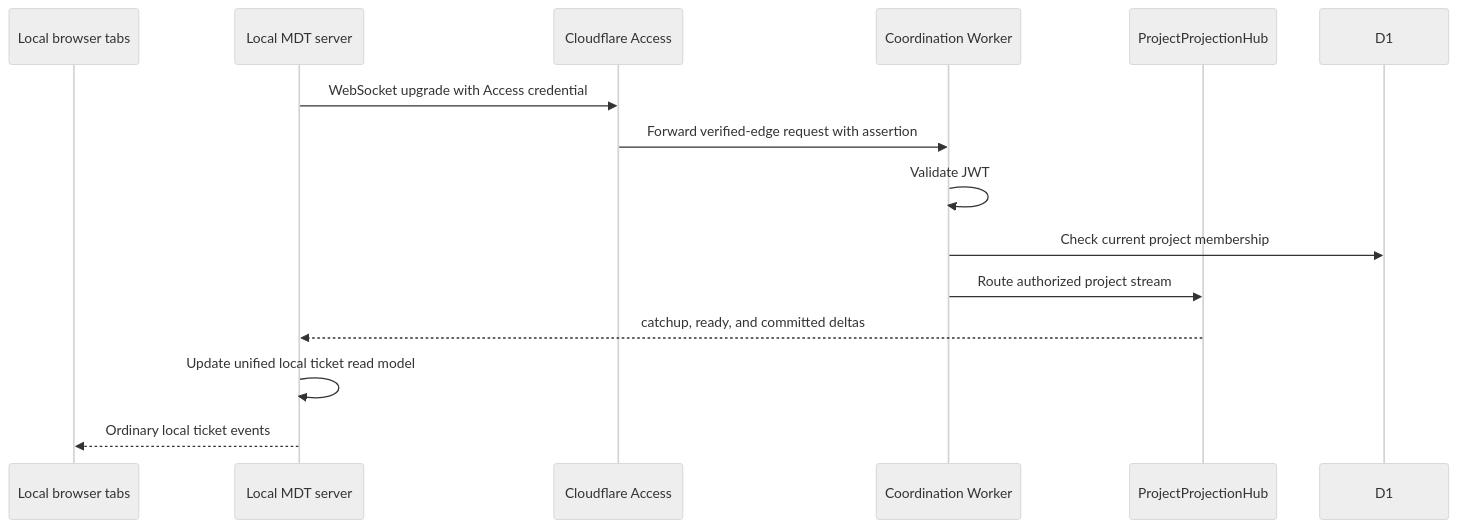
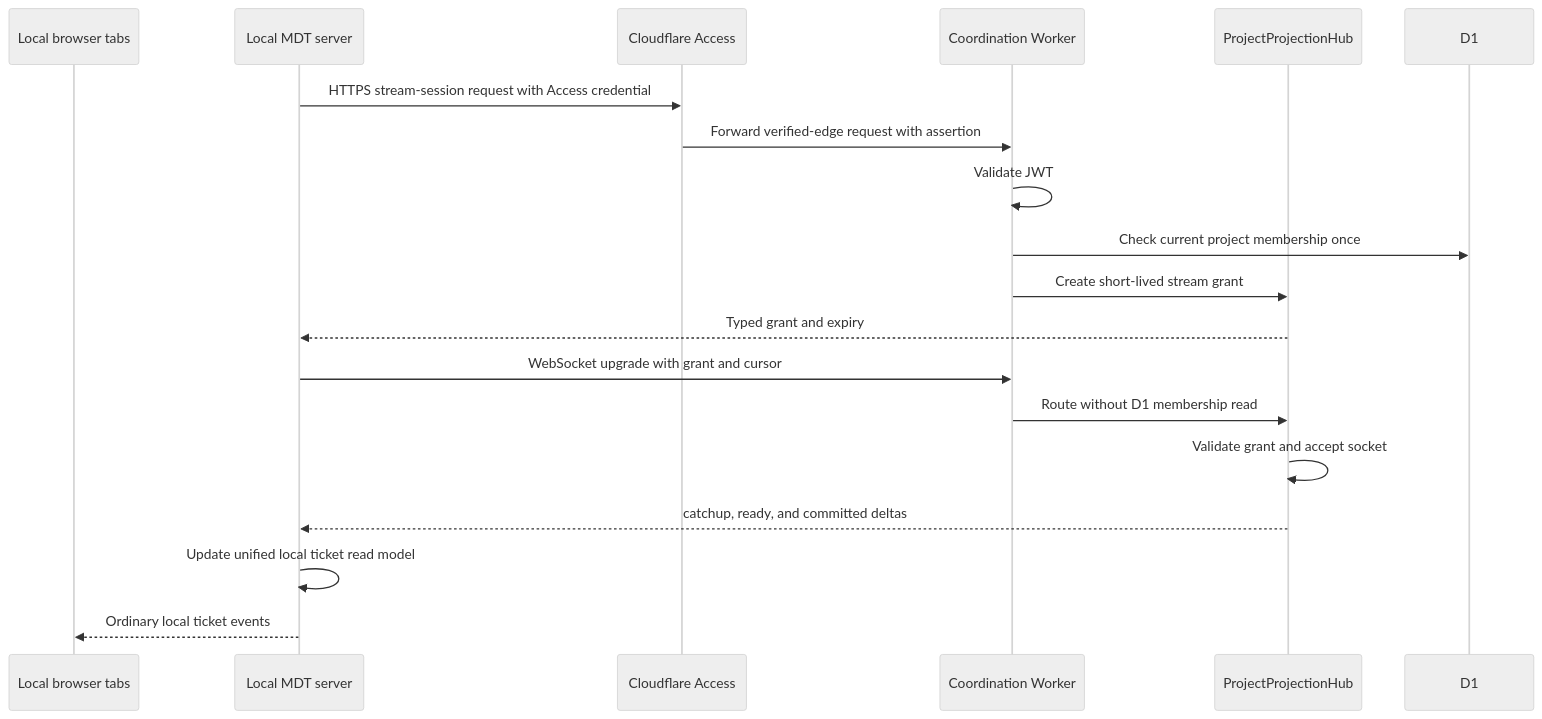
Before and after one commit to andkirby/markdown-ticket: the third of 3 diagrams in docs/architecture/cloud-sync/identity-and-access.md, drawn with Mermaid (neutral theme). The commit also changed other lines of this file and 31 other files, not shown here.

First line of the commit message:
fix(MDT-226): contain failed stream handshakes with session grants

````diff
--- a/docs/architecture/cloud-sync/identity-and-access.md
+++ b/docs/architecture/cloud-sync/identity-and-access.md
@@ -223,18 +223,22 @@
 ```mermaid
 sequenceDiagram
   participant B as Local browser tabs
   participant S as Local MDT server
   participant A as Cloudflare Access
   participant W as Coordination Worker
   participant H as ProjectProjectionHub
   participant D as D1
 
-  S->>A: WebSocket upgrade with Access credential
+  S->>A: HTTPS stream-session request with Access credential
   A->>W: Forward verified-edge request with assertion
   W->>W: Validate JWT
-  W->>D: Check current project membership
-  W->>H: Route authorized project stream
+  W->>D: Check current project membership once
+  W->>H: Create short-lived stream grant
+  H-->>S: Typed grant and expiry
+  S->>W: WebSocket upgrade with grant and cursor
+  W->>H: Route without D1 membership read
+  H->>H: Validate grant and accept socket
   H-->>S: catchup, ready, and committed deltas
   S->>S: Update unified local ticket read model
   S-->>B: Ordinary local ticket events
 ```
````
